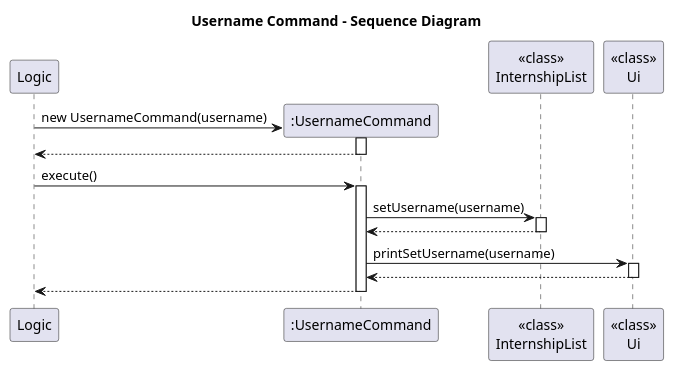
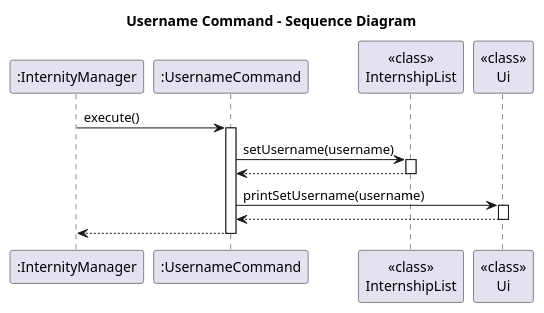
The diagram in docs/diagrams/UsernameCommandSD.puml (AY2526S1-CS2113-W14-4/tp), drawn with PlantUML before and after one commit. The commit also changed 15 other files, not shown here.

Commit message:
Fix more UML diagrams

```diff
--- a/docs/diagrams/UsernameCommandSD.puml
+++ b/docs/diagrams/UsernameCommandSD.puml
@@ -1,28 +1,26 @@
 @startuml
 title Username Command - Sequence Diagram
 
-participant Logic
-create ":UsernameCommand" as UC
+participant Logic as ":InternityManager"
+participant ":UsernameCommand" as UC
 participant "<<class>>\nInternshipList" as IL
 participant "<<class>>\nUi" as Ui
 
-Logic -> UC** : new UsernameCommand(username)
-activate UC
-return
+
 
 Logic -> UC : execute()
 activate UC
 
 UC -> IL : setUsername(username)
 activate IL
 IL --> UC
 deactivate IL
 
 UC -> Ui : printSetUsername(username)
 activate Ui
 Ui --> UC
 deactivate Ui
 
 UC --> Logic
 deactivate UC
 @enduml
```
